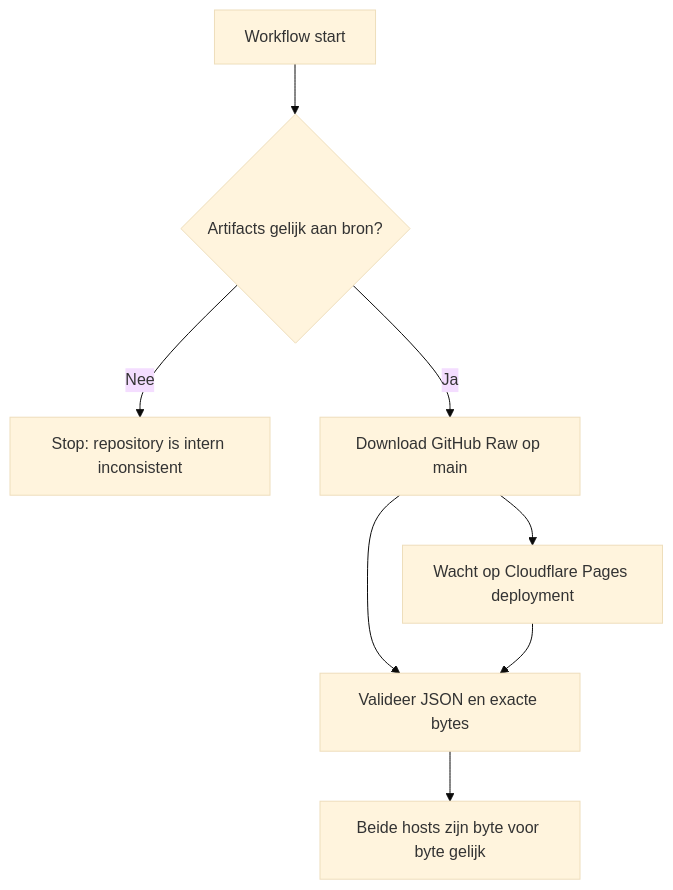
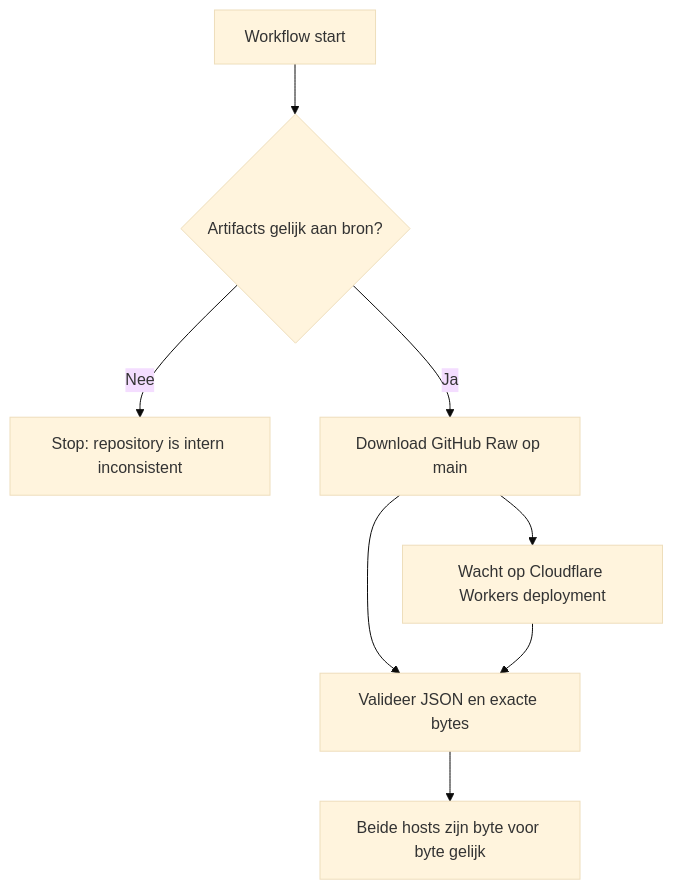
Before and after one commit to PRAxISDEVELOPMENT/mypraxis_translation_keys: the second of 2 diagrams in README.md, drawn with Mermaid (base theme). The commit also changed other lines of this file and 17 other files, not shown here.

Commit message:
Configure Cloudflare Workers translation CDN

````diff
--- a/README.md
+++ b/README.md
@@ -357,10 +357,10 @@
 ```mermaid
 flowchart TD
     START[Workflow start] --> SYNC{Artifacts gelijk aan bron?}
     SYNC -- Nee --> STOP[Stop: repository is intern inconsistent]
     SYNC -- Ja --> RAW[Download GitHub Raw op main]
-    RAW --> CDN[Wacht op Cloudflare Pages deployment]
+    RAW --> CDN[Wacht op Cloudflare Workers deployment]
     RAW --> VERIFY[Valideer JSON en exacte bytes]
     CDN --> VERIFY
     VERIFY --> DONE[Beide hosts zijn byte voor byte gelijk]
 ```
````
